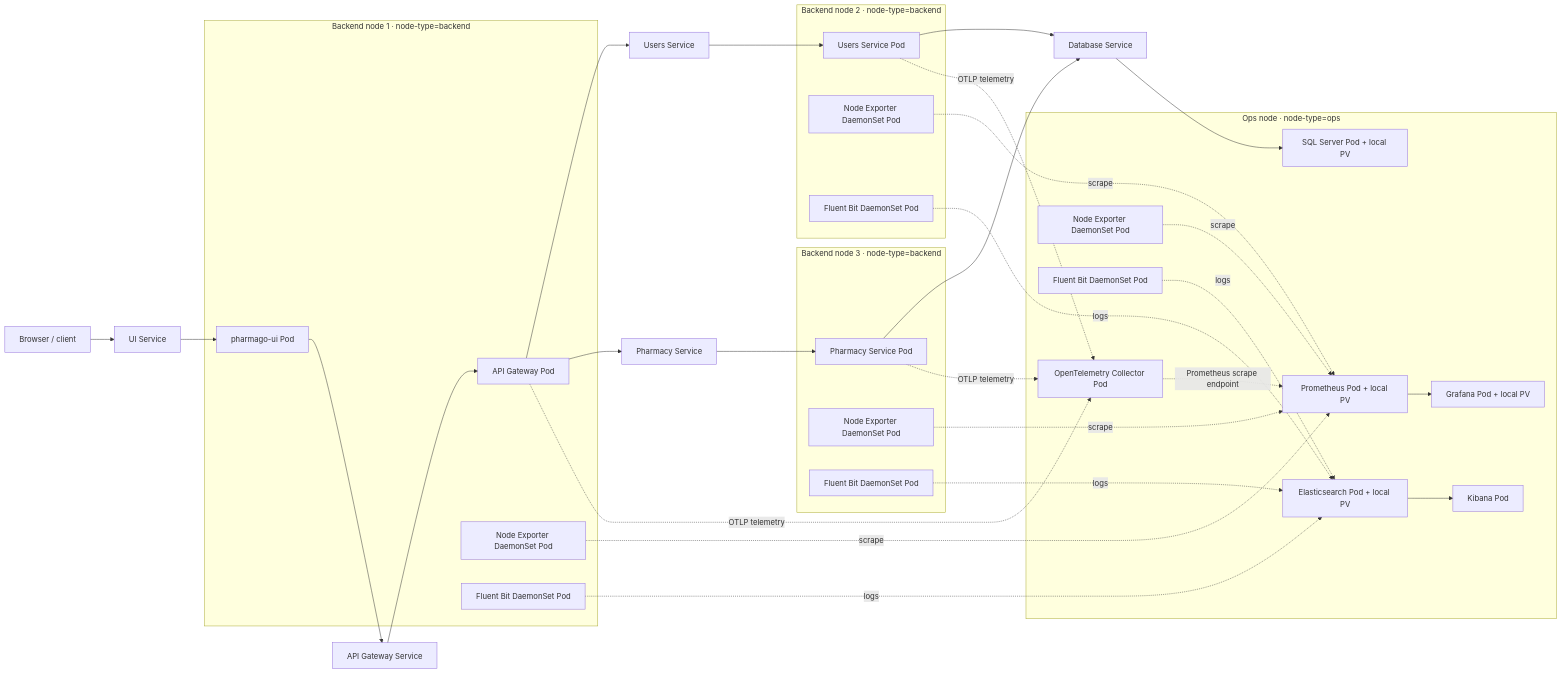
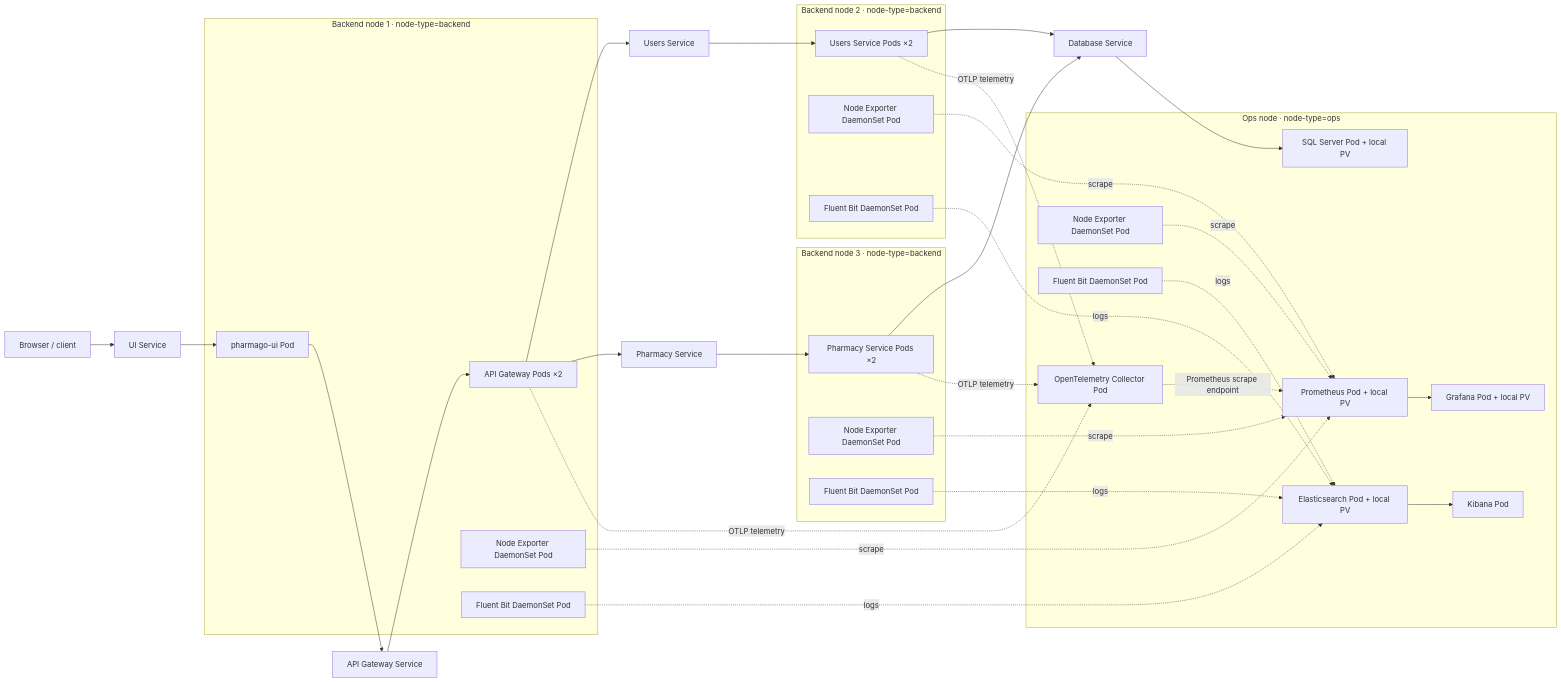
The diagram in Implementacion K8S/Codigo/k8s/deployment-diagram.md (JdFagnoni/288818_257026_286845), drawn with Mermaid before and after one commit. The commit also changed other lines of this file and 1 other file, not shown here.

Commit message:
docs(k8s): document replicas, zero-downtime rollouts and migration
- README-k8s: replace the Recreate explanation with the rolling update
  strategy, explain the replica placement trade-off, and add a
  "Despliegue sin caída" section with the mechanisms, how to run
  test-zero-downtime.sh and the one-time migration for clusters running
  the previous manifests.
- README-k8s: add troubleshooting for `minikube image load` not replacing
  a :latest image that a container on the node is using.
- deployment-diagram: show two replicas per backend microservice and the
  affinity rules that place them.

````diff
--- a/Implementacion K8S/Codigo/k8s/deployment-diagram.md
+++ b/Implementacion K8S/Codigo/k8s/deployment-diagram.md
@@ -5,58 +5,58 @@
 ```mermaid
 flowchart LR
     Client[Browser / client]
     UIService[UI Service]
     GatewayService[API Gateway Service]
     UsersService[Users Service]
     PharmacyService[Pharmacy Service]
     DBService[Database Service]
 
     subgraph Backend1[Backend node 1 · node-type=backend]
         UI[pharmago-ui Pod]
-        Gateway[API Gateway Pod]
+        Gateway[API Gateway Pods ×2]
         NE1[Node Exporter DaemonSet Pod]
         FB1[Fluent Bit DaemonSet Pod]
     end
     subgraph Backend2[Backend node 2 · node-type=backend]
-        Users[Users Service Pod]
+        Users[Users Service Pods ×2]
         NE2[Node Exporter DaemonSet Pod]
         FB2[Fluent Bit DaemonSet Pod]
     end
     subgraph Backend3[Backend node 3 · node-type=backend]
-        Pharmacy[Pharmacy Service Pod]
+        Pharmacy[Pharmacy Service Pods ×2]
         NE3[Node Exporter DaemonSet Pod]
         FB3[Fluent Bit DaemonSet Pod]
     end
     subgraph Ops[Ops node · node-type=ops]
         DB[SQL Server Pod + local PV]
         OTEL[OpenTelemetry Collector Pod]
         Prom[Prometheus Pod + local PV]
         Grafana[Grafana Pod + local PV]
         ES[Elasticsearch Pod + local PV]
         Kibana[Kibana Pod]
         NE4[Node Exporter DaemonSet Pod]
         FB4[Fluent Bit DaemonSet Pod]
     end
 
     Client --> UIService --> UI
     UI --> GatewayService --> Gateway
     Gateway --> UsersService --> Users
     Gateway --> PharmacyService --> Pharmacy
     Users --> DBService --> DB
     Pharmacy --> DBService
 
     Gateway -. OTLP telemetry .-> OTEL
     Users -. OTLP telemetry .-> OTEL
     Pharmacy -. OTLP telemetry .-> OTEL
     OTEL -. Prometheus scrape endpoint .-> Prom
     NE1 -. scrape .-> Prom
     NE2 -. scrape .-> Prom
     NE3 -. scrape .-> Prom
     NE4 -. scrape .-> Prom
     Prom --> Grafana
     FB1 -. logs .-> ES
     FB2 -. logs .-> ES
     FB3 -. logs .-> ES
     FB4 -. logs .-> ES
     ES --> Kibana
 ```
````
